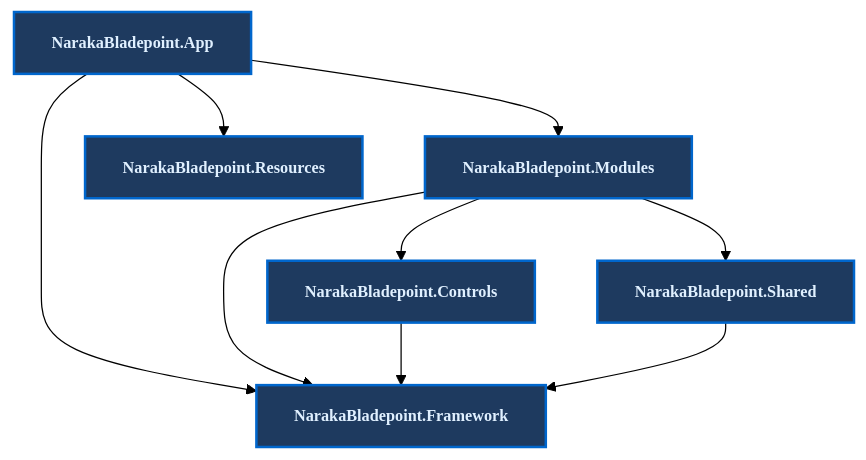
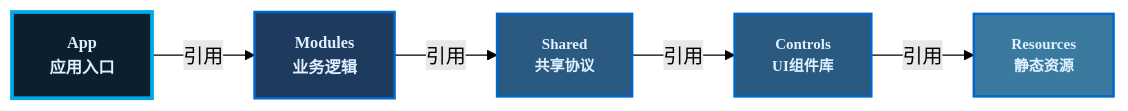
The diagram in README.md (ViewSuSu/NarakaBladepoint-WPF), drawn with Mermaid (forest theme) before and after one commit. The commit also changed other lines of this file and 4 other files, not shown here.

````diff
--- a/README.md
+++ b/README.md
@@ -92,20 +92,19 @@
 ```mermaid
-graph TD
-    App[NarakaBladepoint.App] --> Modules[NarakaBladepoint.Modules]
-    App --> Framework[NarakaBladepoint.Framework]
-    App --> Resources[NarakaBladepoint.Resources]
+graph LR
+    App["<b>App</b><br/>应用入口"]
+    Modules["<b>Modules</b><br/>业务逻辑"]
+    Shared["<b>Shared</b><br/>共享协议"]
+    Controls["<b>Controls</b><br/>UI组件库"]
+    Resources["<b>Resources</b><br/>静态资源"]
     
-    Modules --> Framework
-    Modules --> Controls[NarakaBladepoint.Controls]
-    Modules --> Shared[NarakaBladepoint.Shared]
+    App -->|引用| Modules
+    Modules -->|引用| Shared
+    Shared -->|引用| Controls
+    Controls -->|引用| Resources
     
-    Controls --> Framework
-    Shared --> Framework
-    
-    style App fill:#1e3a5f,stroke:#0066cc,stroke-width:2px,color:#e0f0ff,font-family:Monaco,font-size:13px,font-weight:bold
+    style App fill:#0d1f2d,stroke:#00a8e8,stroke-width:3px,color:#e0f0ff,font-family:Monaco,font-size:13px,font-weight:bold
     style Modules fill:#1e3a5f,stroke:#0066cc,stroke-width:2px,color:#e0f0ff,font-family:Monaco,font-size:13px,font-weight:bold
-    style Framework fill:#1e3a5f,stroke:#0066cc,stroke-width:2px,color:#e0f0ff,font-family:Monaco,font-size:13px,font-weight:bold
-    style Resources fill:#1e3a5f,stroke:#0066cc,stroke-width:2px,color:#e0f0ff,font-family:Monaco,font-size:13px,font-weight:bold
-    style Controls fill:#1e3a5f,stroke:#0066cc,stroke-width:2px,color:#e0f0ff,font-family:Monaco,font-size:13px,font-weight:bold
-    style Shared fill:#1e3a5f,stroke:#0066cc,stroke-width:2px,color:#e0f0ff,font-family:Monaco,font-size:13px,font-weight:bold
+    style Shared fill:#2a5a7f,stroke:#0066cc,stroke-width:2px,color:#e0f0ff,font-family:Monaco,font-size:12px,font-weight:bold
+    style Controls fill:#2a5a7f,stroke:#0066cc,stroke-width:2px,color:#e0f0ff,font-family:Monaco,font-size:12px,font-weight:bold
+    style Resources fill:#3a7a9f,stroke:#0066cc,stroke-width:2px,color:#e0f0ff,font-family:Monaco,font-size:12px,font-weight:bold
 ```
````
